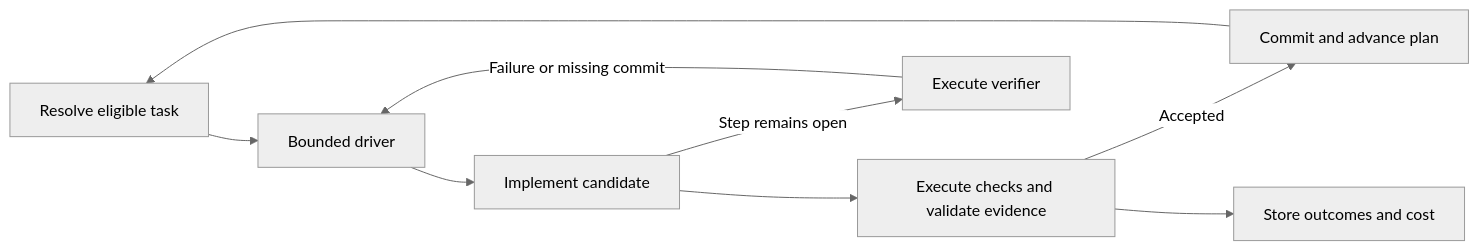
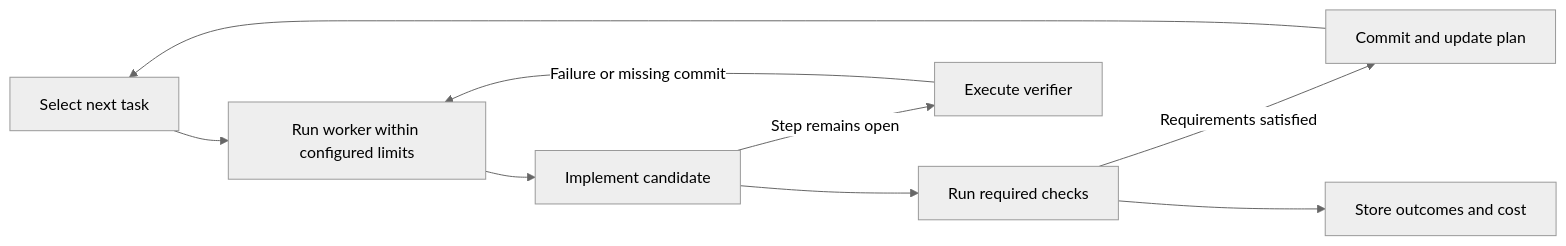
One commit to jeffmeloy/overgo changed the diagram in README.md. Above: the diagram before and after it, drawn with Mermaid (neutral theme). The commit also changed other lines of this file, not shown here.

````diff
--- a/README.md
+++ b/README.md
@@ -47,11 +47,11 @@
 ```mermaid
 flowchart LR
-    Plan[Resolve eligible task] --> Driver[Bounded driver]
+    Plan[Select next task] --> Driver[Run worker within configured limits]
     Driver --> Change[Implement candidate]
-    Change --> Gate[Execute checks and validate evidence]
-    Gate -->|Accepted| Commit[Commit and advance plan]
+    Change --> Gate[Run required checks]
+    Gate -->|Requirements satisfied| Commit[Commit and update plan]
     Commit --> Plan
     Gate --> Records[Store outcomes and cost]
     Change -->|Step remains open| Verify[Execute verifier]
     Verify -->|Failure or missing commit| Driver
 ```
````
